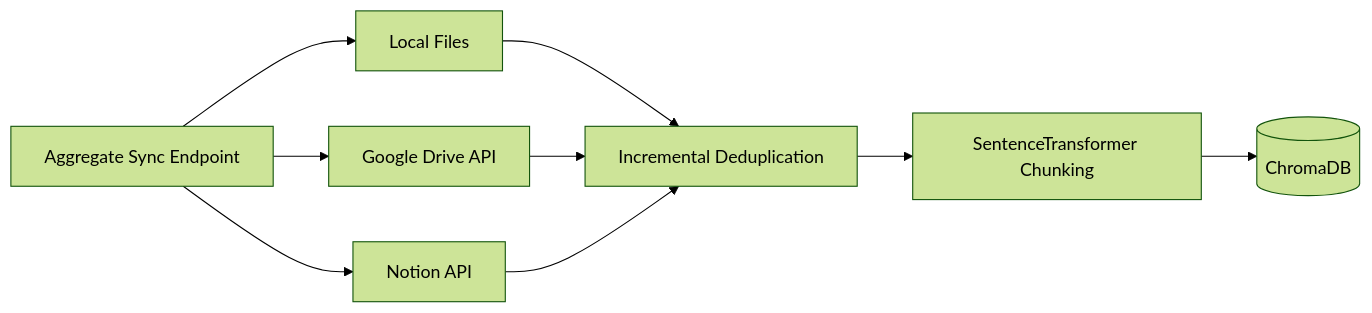
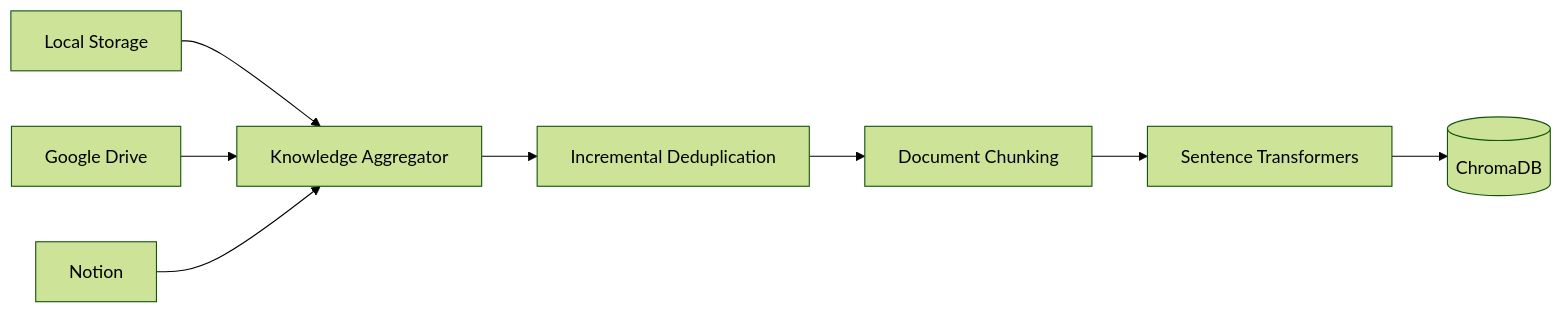
One commit to KoletiSankeerthana/autonomous-compliance-audit-platform changed the second of 3 diagrams in README.md. Above: the diagram before and after it, drawn with Mermaid (forest theme). The commit also changed other lines of this file, not shown here.

````diff
--- a/README.md
+++ b/README.md
@@ -34,11 +207,21 @@
 ```mermaid
 graph LR
-    Sync[Aggregate Sync Endpoint] --> Local[Local Files]
-    Sync --> Drive[Google Drive API]
-    Sync --> Notion[Notion API]
-    Local --> Dedup[Incremental Deduplication]
-    Drive --> Dedup
-    Notion --> Dedup
-    Dedup --> Chunking[SentenceTransformer Chunking]
-    Chunking --> ChromaDB[(ChromaDB)]
+
+LocalFiles[Local Storage]
+GoogleDrive[Google Drive]
+Notion[Notion]
+
+LocalFiles --> Sync
+GoogleDrive --> Sync
+Notion --> Sync
+
+Sync[Knowledge Aggregator]
+
+Sync --> Deduplication[Incremental Deduplication]
+
+Deduplication --> Chunking[Document Chunking]
+
+Chunking --> Embeddings[Sentence Transformers]
+
+Embeddings --> ChromaDB[(ChromaDB)]
 ```
````
